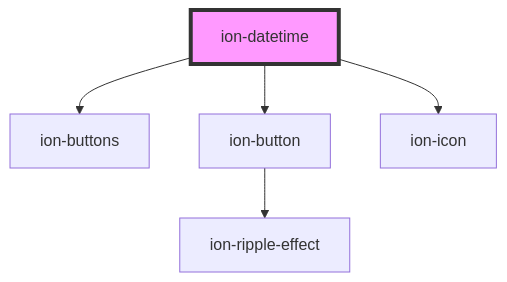
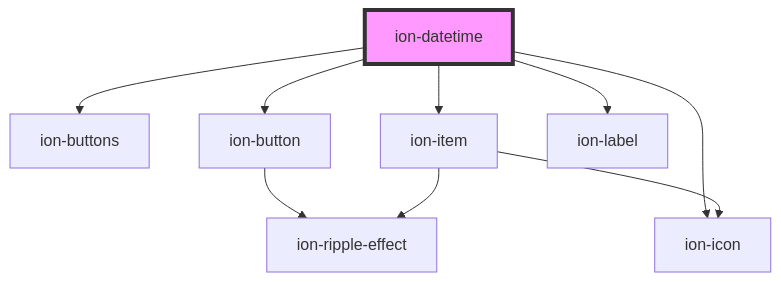
Before and after one commit to ionic-team/ionic-framework: the diagram in core/src/components/datetime/readme.md, drawn with Mermaid. The commit also changed other lines of this file and 7 other files, not shown here.

````diff
--- a/core/src/components/datetime/readme.md
+++ b/core/src/components/datetime/readme.md
@@ -117,8 +119,12 @@
 ```mermaid
 graph TD;
   ion-datetime --> ion-buttons
   ion-datetime --> ion-button
   ion-datetime --> ion-icon
+  ion-datetime --> ion-item
+  ion-datetime --> ion-label
   ion-button --> ion-ripple-effect
+  ion-item --> ion-icon
+  ion-item --> ion-ripple-effect
   style ion-datetime fill:#f9f,stroke:#333,stroke-width:4px
 ```
````
